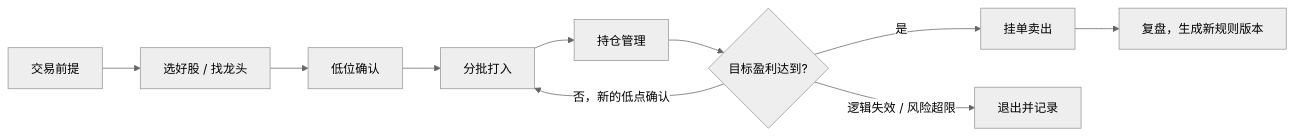
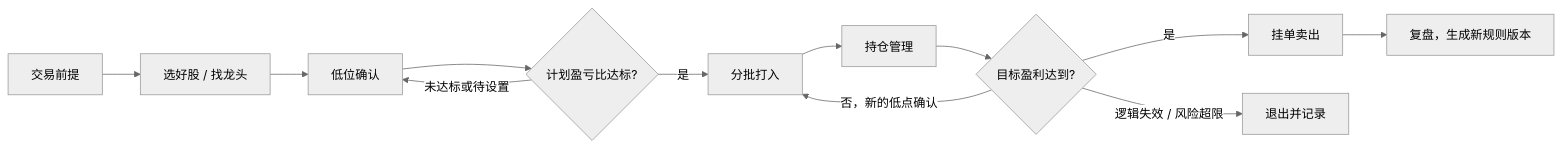
One commit to KrisMurdock/stock-route-system changed the diagram in README.md. Above: the diagram before and after it, drawn with Mermaid (neutral theme). The commit also changed other lines of this file and 10 other files, not shown here.

````diff
--- a/README.md
+++ b/README.md
@@ -7,12 +7,14 @@
 ```mermaid
 flowchart LR
   A[交易前提] --> B[选好股 / 找龙头]
   B --> C[低位确认]
-  C --> D[分批打入]
+  C --> R{计划盈亏比达标?}
+  R -- 是 --> D[分批打入]
+  R -- 未达标或待设置 --> C
   D --> E[持仓管理]
   E --> F{目标盈利达到?}
   F -- 是 --> G[挂单卖出]
   F -- 否，新的低点确认 --> D
   F -- 逻辑失效 / 风险超限 --> H[退出并记录]
   G --> I[复盘，生成新规则版本]
 ```
````
